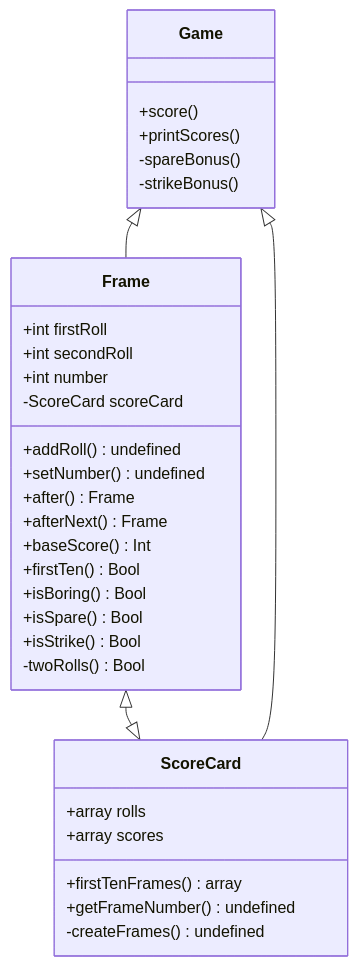
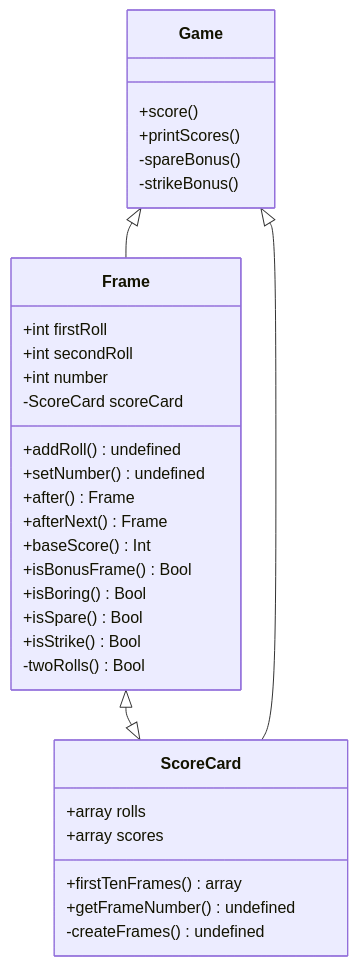
Before and after one commit to makersacademy/bowling-challenge: the diagram in CLASSES.md, drawn with Mermaid. The commit also changed 3 other files, not shown here.

Commit message:
Adding isBonusFrame() function to Frame class

````diff
--- a/CLASSES.md
+++ b/CLASSES.md
@@ -1,44 +1,44 @@
 ```mermaid 
  classDiagram
       class Frame{
           +int firstRoll
           +int secondRoll
           +int number
 
           -ScoreCard scoreCard
           
           +addRoll() undefined
           +setNumber() undefined
           +after() Frame
           +afterNext() Frame
           +baseScore() Int
-          +firstTen() Bool
+          +isBonusFrame() Bool
           +isBoring() Bool
           +isSpare() Bool
           +isStrike() Bool
 
           -twoRolls() Bool
       }
 
       class ScoreCard{
           +array rolls
           +array scores
 
           +firstTenFrames() array
           +getFrameNumber() undefined
 
           -createFrames() undefined
       }
 
       class Game{
         +score()
         +printScores()
 
         -spareBonus()
         -strikeBonus()
       }
 
       Frame <|--|> ScoreCard
       Game <|-- Frame
       Game <|-- ScoreCard
 ```
````
